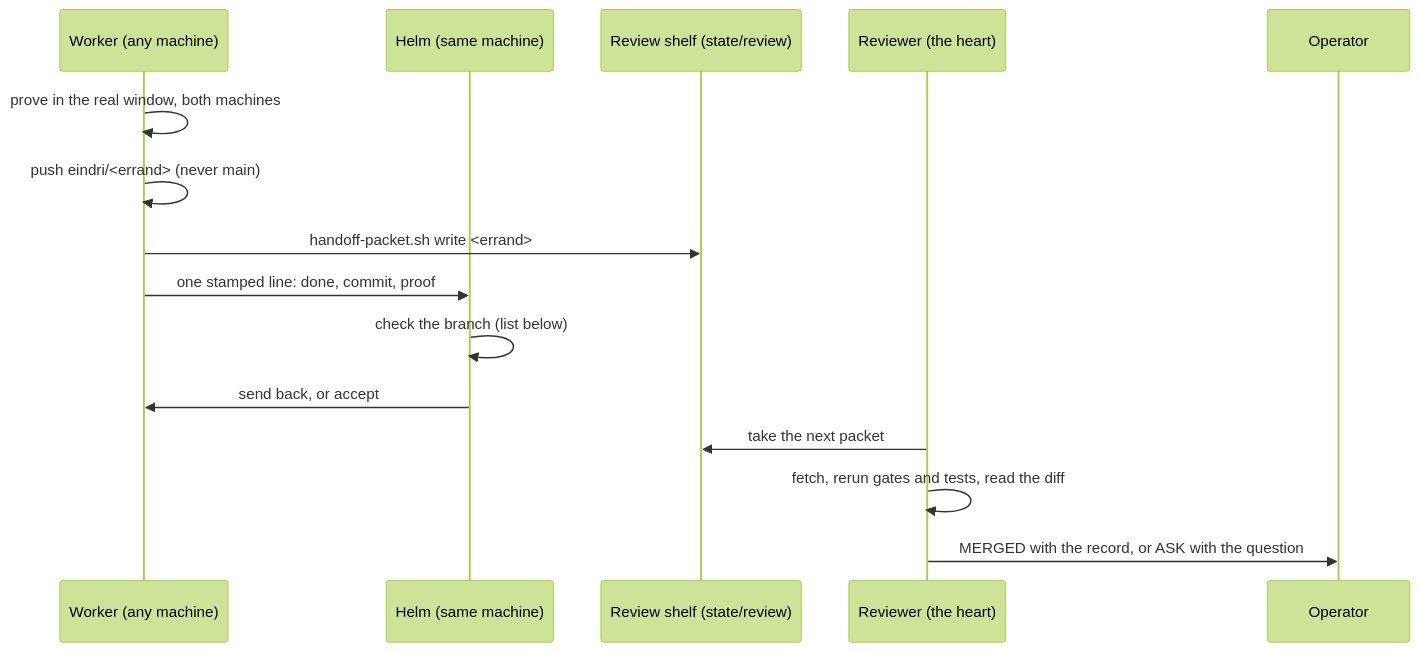
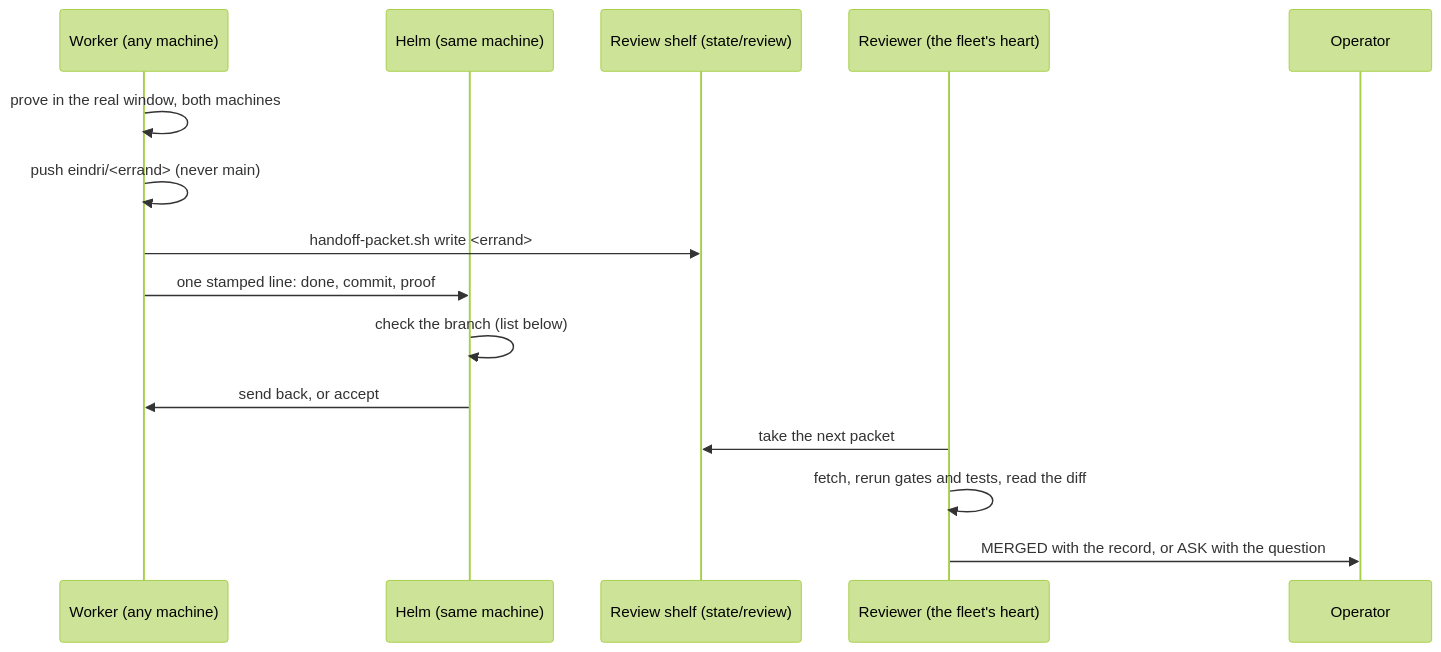
One commit to zerwiz/ymir changed the diagram in docs/runbooks/deliver-across-the-fleet.md. Above: the diagram before and after it, drawn with Mermaid (forest theme). The commit also changed other lines of this file and 3 other files, not shown here.

````diff
--- a/docs/runbooks/deliver-across-the-fleet.md
+++ b/docs/runbooks/deliver-across-the-fleet.md
@@ -25,17 +34,17 @@
 ```mermaid
 sequenceDiagram
     participant W as Worker (any machine)
     participant H as Helm (same machine)
     participant S as Review shelf (state/review)
-    participant R as Reviewer (the heart)
+    participant R as Reviewer (the fleet's heart)
     participant O as Operator
     W->>W: prove in the real window, both machines
     W->>W: push eindri/<errand> (never main)
     W->>S: handoff-packet.sh write <errand>
     W->>H: one stamped line: done, commit, proof
     H->>H: check the branch (list below)
     H->>W: send back, or accept
     R->>S: take the next packet
     R->>R: fetch, rerun gates and tests, read the diff
     R->>O: MERGED with the record, or ASK with the question
 ```
````
